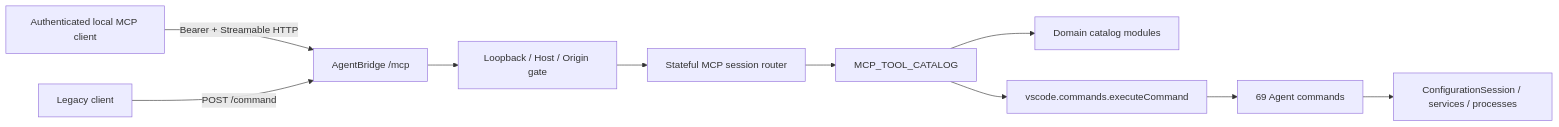
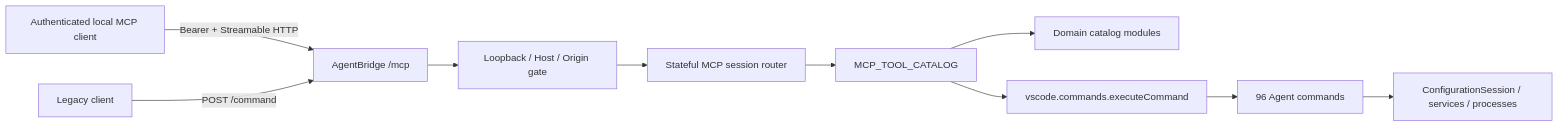
Before and after one commit to lekot/VScodePluginFor1CDev: the diagram in docs/features/mcp-agent-adapter/design.md, drawn with Mermaid. The commit also changed other lines of this file and 30 other files, not shown here.

````diff
--- a/docs/features/mcp-agent-adapter/design.md
+++ b/docs/features/mcp-agent-adapter/design.md
@@ -25,12 +25,12 @@
 ```mermaid
 flowchart LR
     C["Authenticated local MCP client"] -->|"Bearer + Streamable HTTP"| B["AgentBridge /mcp"]
     L["Legacy client"] -->|"POST /command"| B
     B --> G["Loopback / Host / Origin gate"]
     G --> R["Stateful MCP session router"]
     R --> K["MCP_TOOL_CATALOG"]
     K --> D["Domain catalog modules"]
     K --> V["vscode.commands.executeCommand"]
-    V --> A["69 Agent commands"]
+    V --> A["96 Agent commands"]
     A --> Q["ConfigurationSession / services / processes"]
 ```
````
